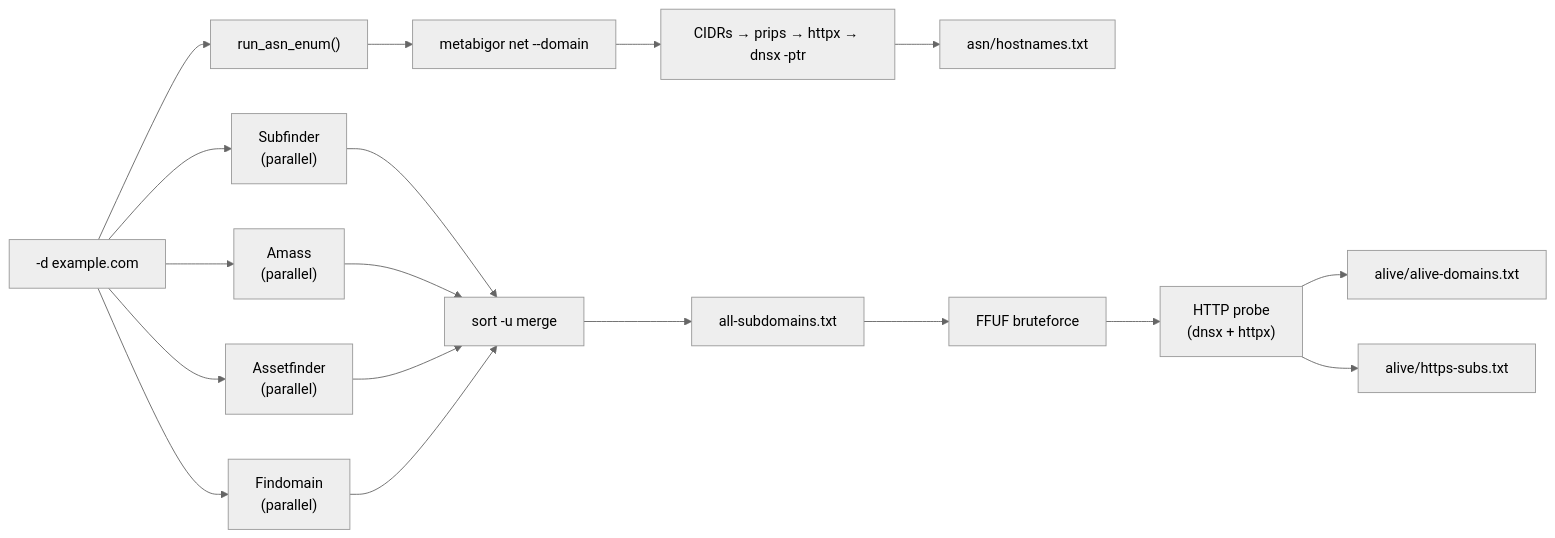
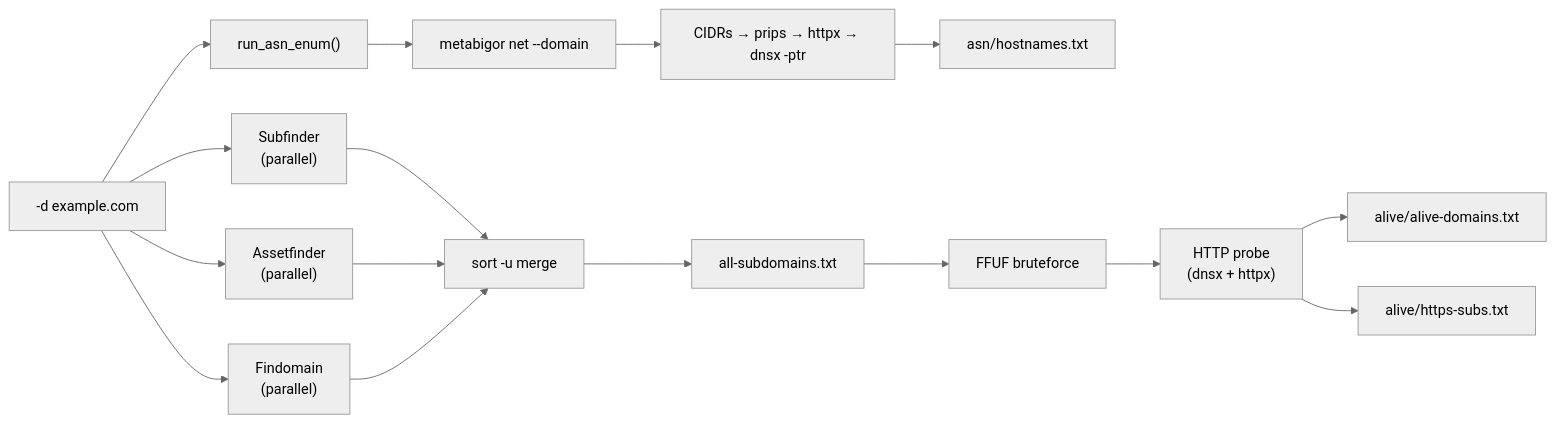
The second of 4 diagrams in README.md (manojxshrestha/subenum), drawn with Mermaid (neutral theme) before and after one commit. The commit also changed other lines of this file and 3 other files, not shown here.

Commit message:
Remove amass (v5 slow/DB-based, subfinder covers it), clean up all references

````diff
--- a/README.md
+++ b/README.md
@@ -264,21 +261,19 @@
 ```mermaid
 graph LR
     A["-d example.com"] --> B["run_asn_enum()"]
     B --> C["metabigor net --domain"]
     C --> D["CIDRs → prips → httpx → dnsx -ptr"]
     D --> E["asn/hostnames.txt"]
 
     A --> F["Subfinder<br/>(parallel)"]
-    A --> G["Amass<br/>(parallel)"]
-    A --> H["Assetfinder<br/>(parallel)"]
-    A --> I["Findomain<br/>(parallel)"]
-    F --> J["sort -u merge"]
-    G --> J
-    H --> J
-    I --> J
-    J --> K["all-subdomains.txt"]
-    K --> L["FFUF bruteforce"]
-    L --> M["HTTP probe<br/>(dnsx + httpx)"]
-    M --> N["alive/alive-domains.txt"]
-    M --> O["alive/https-subs.txt"]
+    A --> G["Assetfinder<br/>(parallel)"]
+    A --> H["Findomain<br/>(parallel)"]
+    F --> I["sort -u merge"]
+    G --> I
+    H --> I
+    I --> J["all-subdomains.txt"]
+    J --> K["FFUF bruteforce"]
+    K --> L["HTTP probe<br/>(dnsx + httpx)"]
+    L --> M["alive/alive-domains.txt"]
+    L --> N["alive/https-subs.txt"]
 ```
````
